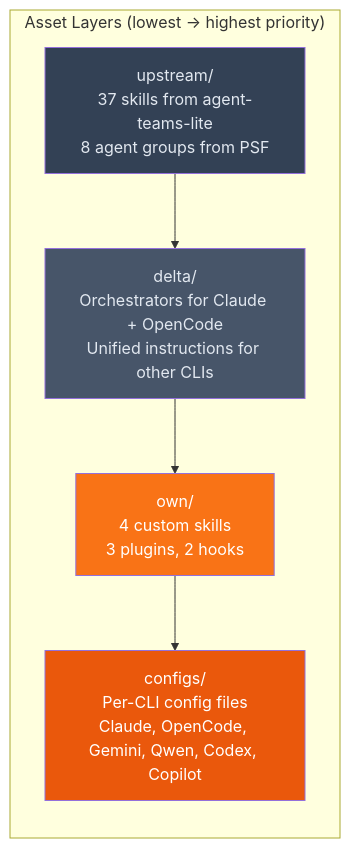
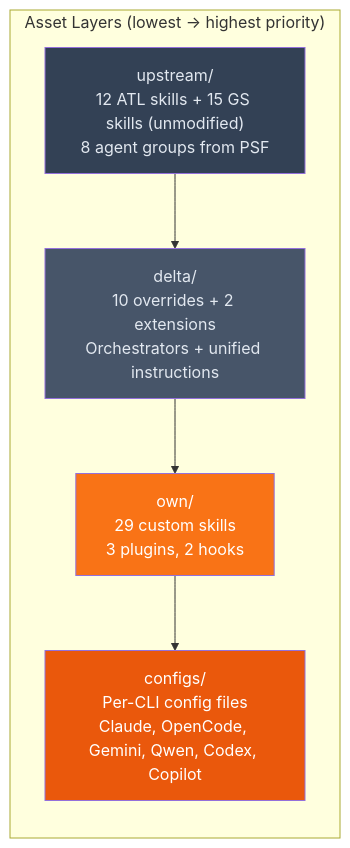
Before and after one commit to JNZader/javi-ai: the diagram in README.md, drawn with Mermaid. The commit also changed other lines of this file and 3 other files, not shown here.

Commit message:
docs: update documentation for 3-layer skill architecture

````diff
--- a/README.md
+++ b/README.md
@@ -33,17 +33,17 @@
 ```mermaid
 flowchart TB
     subgraph "Asset Layers (lowest → highest priority)"
         direction TB
-        UP["upstream/<br/>37 skills from agent-teams-lite<br/>8 agent groups from PSF"]
-        DL["delta/<br/>Orchestrators for Claude + OpenCode<br/>Unified instructions for other CLIs"]
-        OW["own/<br/>4 custom skills<br/>3 plugins, 2 hooks"]
+        UP["upstream/<br/>12 ATL skills + 15 GS skills (unmodified)<br/>8 agent groups from PSF"]
+        DL["delta/<br/>10 overrides + 2 extensions<br/>Orchestrators + unified instructions"]
+        OW["own/<br/>29 custom skills<br/>3 plugins, 2 hooks"]
         CF["configs/<br/>Per-CLI config files<br/>Claude, OpenCode, Gemini, Qwen, Codex, Copilot"]
     end
 
     UP --> DL --> OW --> CF
 
     style UP fill:#334155,color:#e2e8f0
     style DL fill:#475569,color:#e2e8f0
     style OW fill:#f97316,color:#fff
     style CF fill:#ea580c,color:#fff
 ```
````
